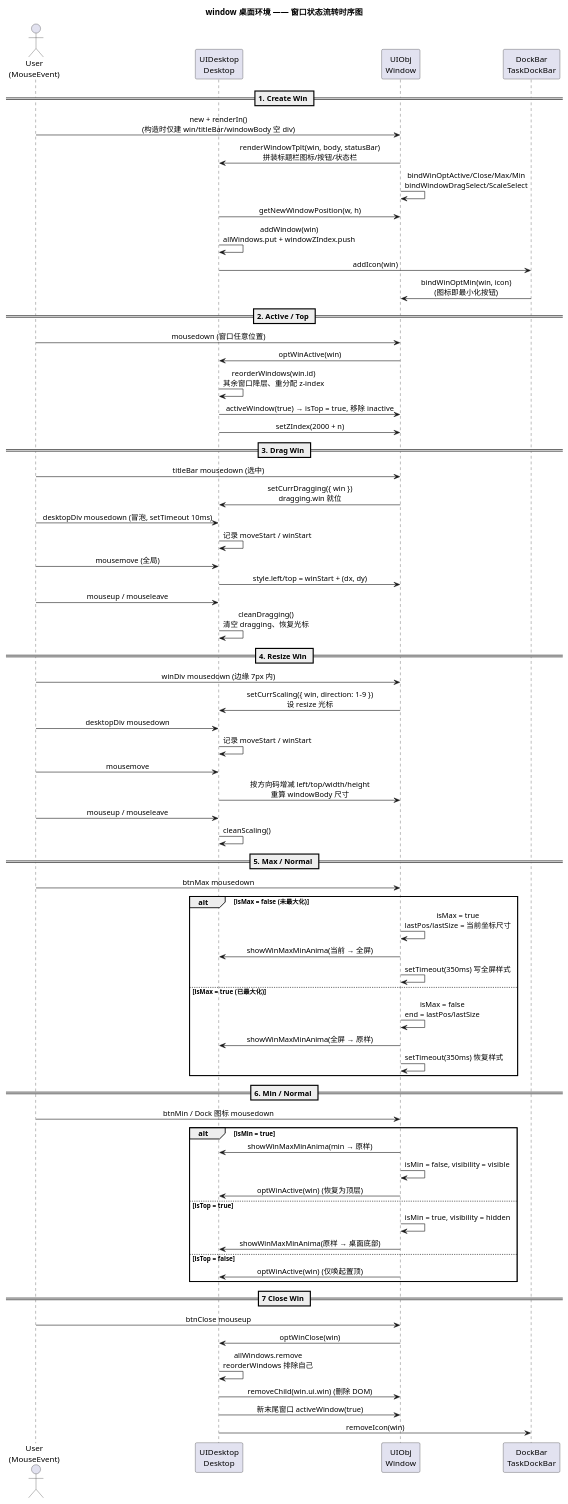
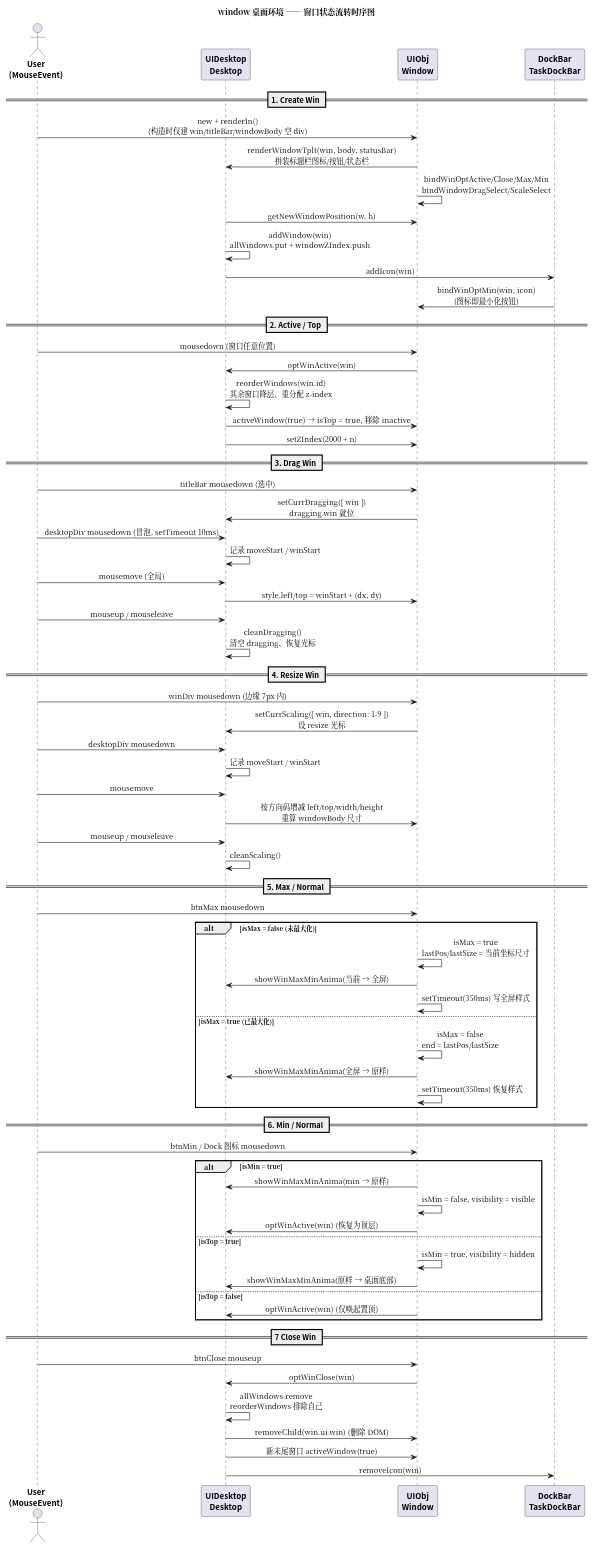
The diagram in docs/uml/src/ui-style-win98.plantuml (Jade-Shan/Jade-Javascript-utils), drawn with PlantUML before and after one commit. The commit also changed 1 other file, not shown here.

Commit message:
add uml doc

```diff
--- a/docs/uml/src/ui-style-win98.plantuml
+++ b/docs/uml/src/ui-style-win98.plantuml
@@ -1,80 +1,94 @@
 @startuml
 title window 桌面环境 —— 窗口状态流转时序图
 
 skinparam sequenceMessageAlign center
+
+skinparam defaultFontName "Noto Serif CJK SC"
+
+skinparam sequenceTitleFontName "Noto Sans CJK SC"
+skinparam sequenceTitleFontStyle bold
+
+skinparam sequenceParticipantFontName "Noto Sans CJK SC"
+skinparam sequenceParticipantFontStyle bold
+
+skinparam sequenceActorFontName "Noto Sans CJK SC"
+skinparam sequenceActorFontStyle bold
+
+skinparam sequenceDividerFontName "Noto Sans CJK SC"
+skinparam sequenceDividerFontStyle bold
 
 actor "User\n(MouseEvent)" as User
 participant "UIDesktop\nDesktop" as Desktop
 participant "UIObj\nWindow" as Win
 participant "DockBar\nTaskDockBar" as Dock
 
 == 1. Create Win ==
 User -> Win : new + renderIn()\n(构造时仅建 win/titleBar/windowBody 空 div)
 Win -> Desktop : renderWindowTplt(win, body, statusBar)\n拼装标题栏图标/按钮/状态栏
 Win -> Win : bindWinOptActive/Close/Max/Min\nbindWindowDragSelect/ScaleSelect
 Desktop -> Win : getNewWindowPosition(w, h)
 Desktop -> Desktop : addWindow(win)\nallWindows.put + windowZIndex.push
 Desktop -> Dock : addIcon(win)
 Dock -> Win : bindWinOptMin(win, icon)\n(图标即最小化按钮)
 
 == 2. Active / Top ==
 User -> Win : mousedown (窗口任意位置)
 Win -> Desktop : optWinActive(win)
 Desktop -> Desktop : reorderWindows(win.id)\n其余窗口降层、重分配 z-index
 Desktop -> Win : activeWindow(true)  → isTop = true, 移除 inactive
 Desktop -> Win : setZIndex(2000 + n)
 
 == 3. Drag Win ==
 User -> Win : titleBar mousedown (选中)
 Win -> Desktop : setCurrDragging({ win })\ndragging.win 就位
 User -> Desktop : desktopDiv mousedown (冒泡, setTimeout 10ms)
 Desktop -> Desktop : 记录 moveStart / winStart
 User -> Desktop : mousemove (全局)
 Desktop -> Win : style.left/top = winStart + (dx, dy)
 User -> Desktop : mouseup / mouseleave
 Desktop -> Desktop : cleanDragging()\n清空 dragging、恢复光标
 
 == 4. Resize Win ==
 User -> Win : winDiv mousedown (边缘 7px 内)
 Win -> Desktop : setCurrScaling({ win, direction: 1-9 })\n设 resize 光标
 User -> Desktop : desktopDiv mousedown
 Desktop -> Desktop : 记录 moveStart / winStart
 User -> Desktop : mousemove
 Desktop -> Win : 按方向码增减 left/top/width/height\n重算 windowBody 尺寸
 User -> Desktop : mouseup / mouseleave
 Desktop -> Desktop : cleanScaling()
 
 == 5. Max / Normal ==
 User -> Win : btnMax mousedown
 alt isMax = false (未最大化)
   Win -> Win : isMax = true\nlastPos/lastSize = 当前坐标尺寸
   Win -> Desktop : showWinMaxMinAnima(当前 → 全屏)
   Win -> Win : setTimeout(350ms) 写全屏样式
 else isMax = true (已最大化)
   Win -> Win : isMax = false\nend = lastPos/lastSize
   Win -> Desktop : showWinMaxMinAnima(全屏 → 原样)
   Win -> Win : setTimeout(350ms) 恢复样式
 end
 
 == 6. Min / Normal ==
 User -> Win : btnMin / Dock 图标 mousedown
 alt isMin = true
   Win -> Desktop : showWinMaxMinAnima(min → 原样)
   Win -> Win : isMin = false, visibility = visible
   Win -> Desktop : optWinActive(win) (恢复为顶层)
 else isTop = true
   Win -> Win : isMin = true, visibility = hidden
   Win -> Desktop : showWinMaxMinAnima(原样 → 桌面底部)
 else isTop = false
   Win -> Desktop : optWinActive(win) (仅唤起置顶)
 end
 
 == 7 Close Win ==
 User -> Win : btnClose mouseup
 Win -> Desktop : optWinClose(win)
 Desktop -> Desktop : allWindows.remove\nreorderWindows 排除自己
 Desktop -> Win : removeChild(win.ui.win) (删除 DOM)
 Desktop -> Win : 新末尾窗口 activeWindow(true)
 Desktop -> Dock : removeIcon(win)
 
 @enduml
```
